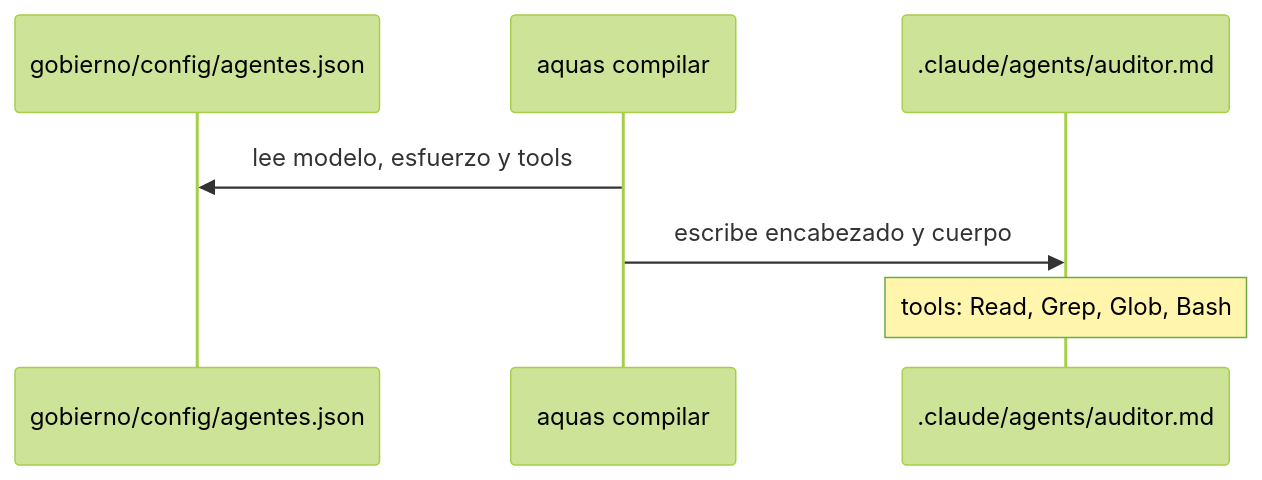
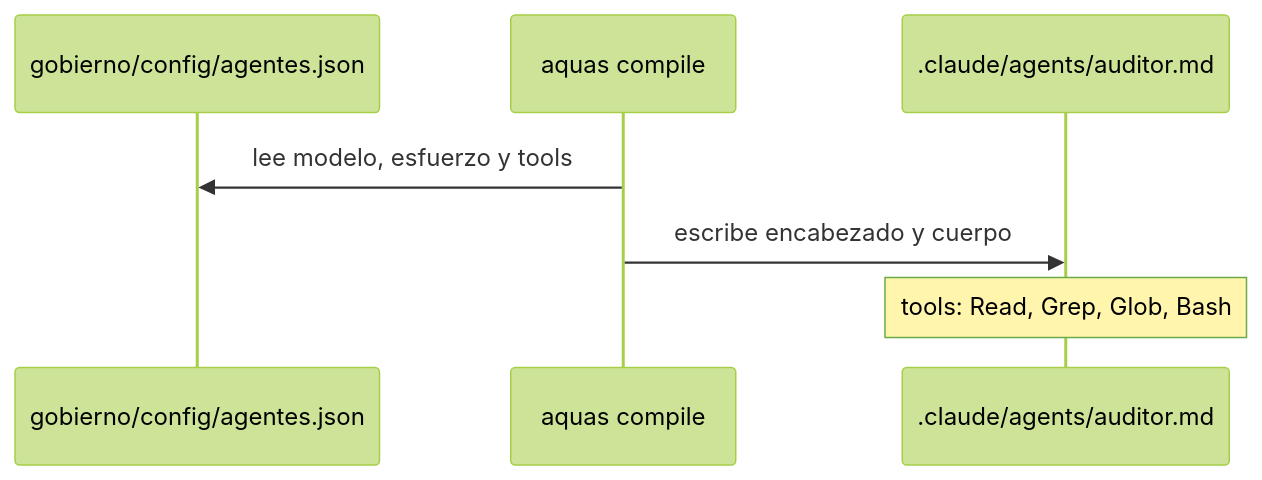
Before and after one commit to jliberal-aquas/aquas-central-harness-government: the first of 2 diagrams in docs/E001/F006/S001.md, drawn with Mermaid (forest theme). The commit also changed other lines of this file and 184 other files, not shown here.

````diff
--- a/docs/E001/F006/S001.md
+++ b/docs/E001/F006/S001.md
@@ -44,9 +44,9 @@
 ```mermaid
 sequenceDiagram
     participant C as gobierno/config/agentes.json
-    participant Q as aquas compilar
+    participant Q as aquas compile
     participant A as .claude/agents/auditor.md
     Q->>C: lee modelo, esfuerzo y tools
     Q->>A: escribe encabezado y cuerpo
     Note over A: tools: Read, Grep, Glob, Bash
 ```
````
